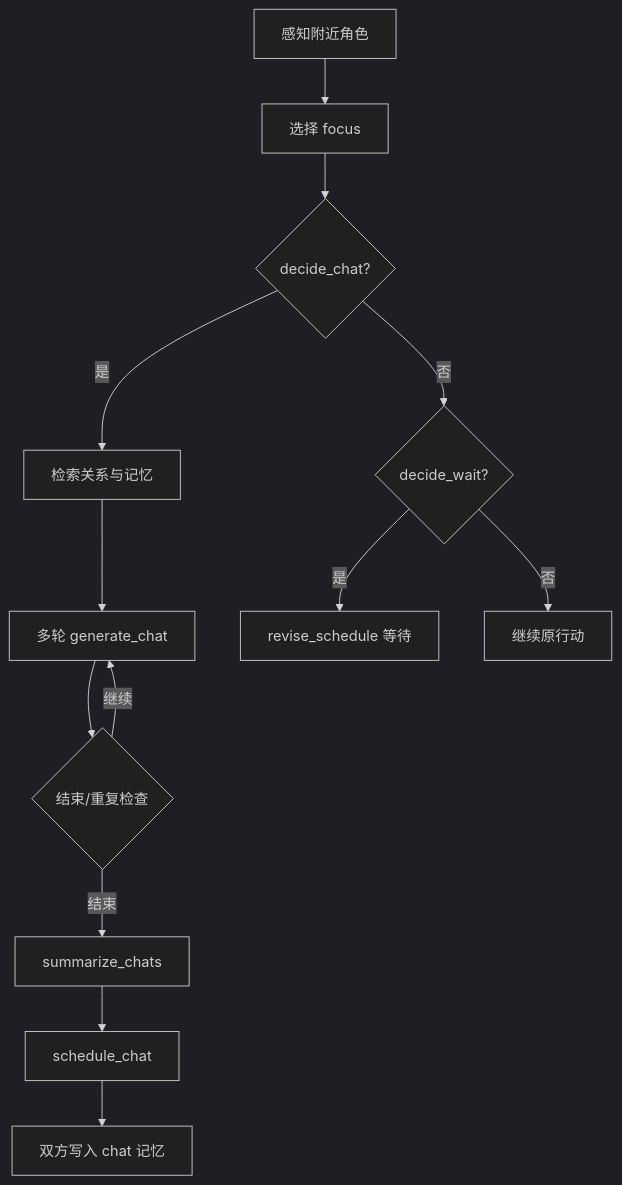
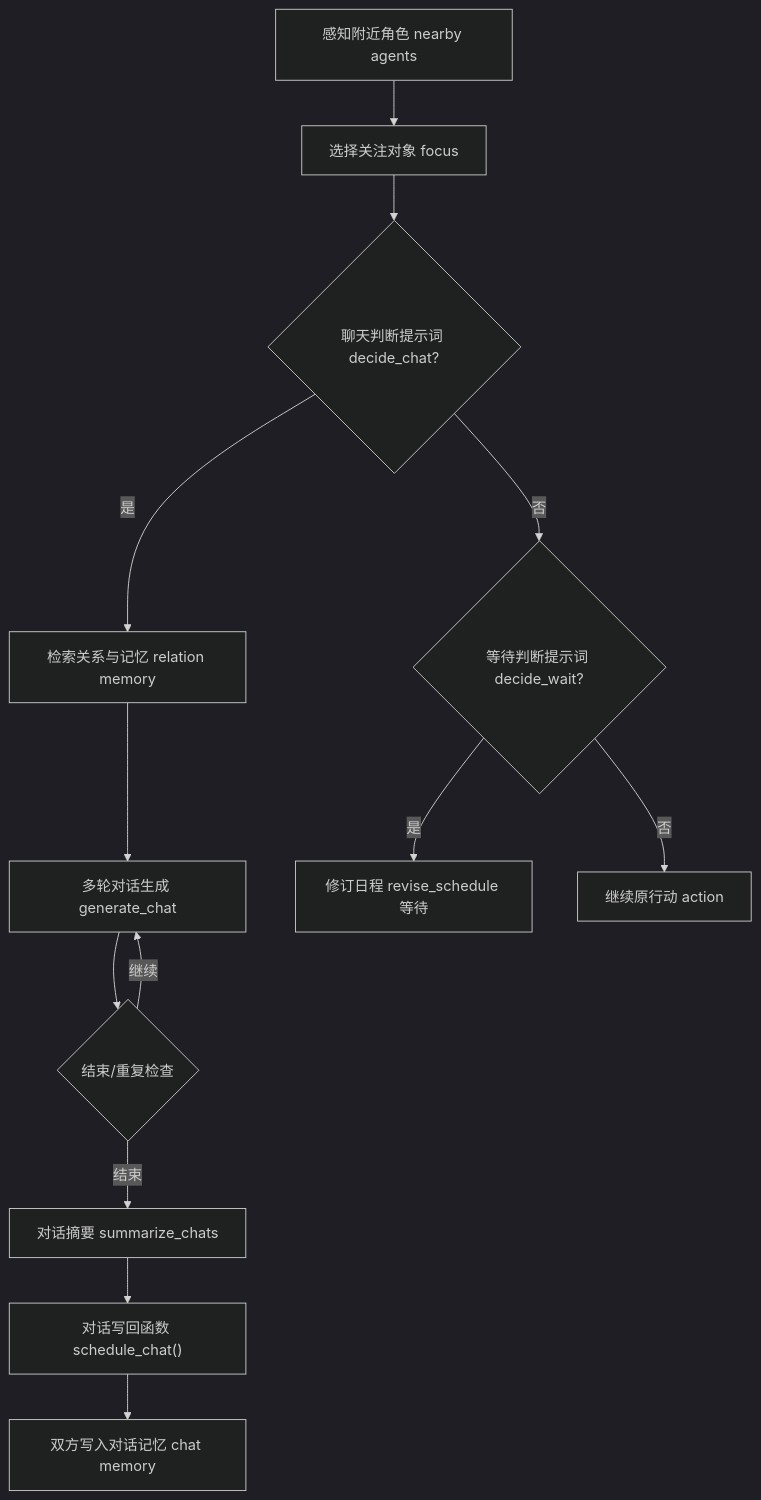
One commit to tbkken/GenerativeAgentsCN changed the diagram in docs/book/manuscript/part_03/chapter_20.md. Above: the diagram before and after it, drawn with Mermaid (dark theme). The commit also changed other lines of this file and 33 other files, not shown here.

````diff
--- a/docs/book/manuscript/part_03/chapter_20.md
+++ b/docs/book/manuscript/part_03/chapter_20.md
@@ -40,15 +40,15 @@
 ```mermaid
 flowchart TD
-    O[感知附近角色] --> F[选择 focus]
-    F --> J{decide_chat?}
-    J -- 否 --> W{decide_wait?}
-    J -- 是 --> Rel[检索关系与记忆]
-    Rel --> Chat[多轮 generate_chat]
-    Chat --> End{结束/重复检查}
+    O["感知附近角色 nearby agents"] --> F["选择关注对象 focus"]
+    F --> J{"聊天判断提示词 decide_chat?"}
+    J -- 否 --> W{"等待判断提示词 decide_wait?"}
+    J -- 是 --> Rel["检索关系与记忆 relation memory"]
+    Rel --> Chat["多轮对话生成 generate_chat"]
+    Chat --> End{"结束/重复检查"}
     End -- 继续 --> Chat
-    End -- 结束 --> Sum[summarize_chats]
-    Sum --> S[schedule_chat]
-    S --> M[双方写入 chat 记忆]
-    W -- 是 --> Rev[revise_schedule 等待]
-    W -- 否 --> A[继续原行动]
+    End -- 结束 --> Sum["对话摘要 summarize_chats"]
+    Sum --> S["对话写回函数 schedule_chat()"]
+    S --> M["双方写入对话记忆 chat memory"]
+    W -- 是 --> Rev["修订日程 revise_schedule 等待"]
+    W -- 否 --> A["继续原行动 action"]
 ```
````
